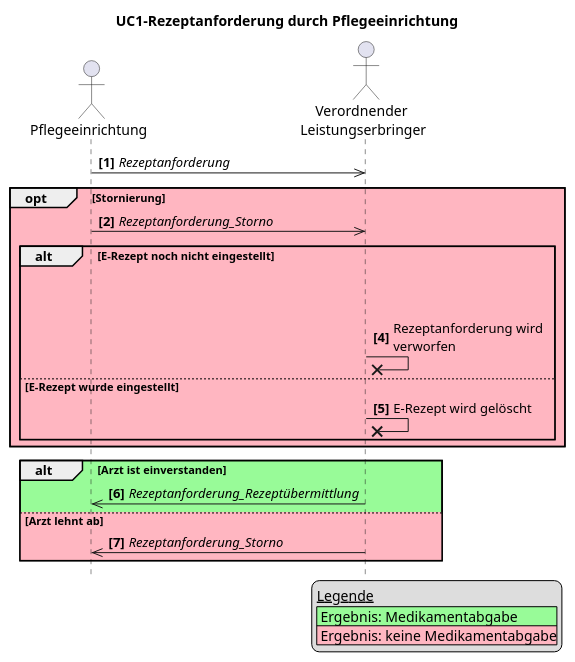
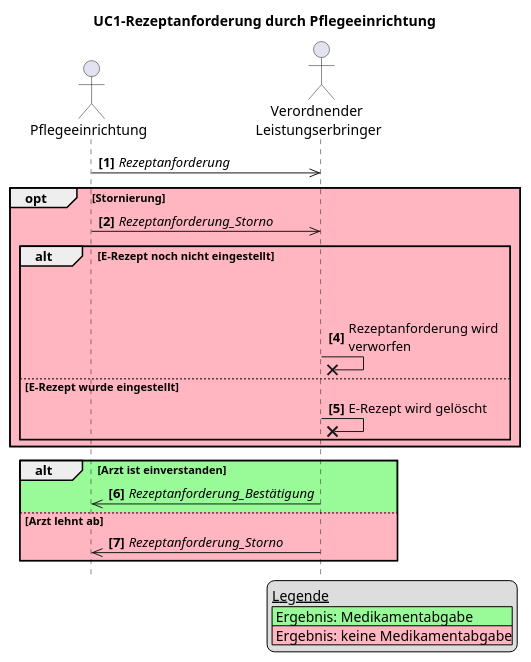
The diagram in Resources/puml/gemF_eRp_KIM/UC1.1-rezeptanforderung-pflege.puml (gematik/spec-E-Rezept-ServiceRequest), drawn with PlantUML before and after one commit. The commit also changed 11 other files, not shown here.

```diff
--- a/Resources/puml/gemF_eRp_KIM/UC1.1-rezeptanforderung-pflege.puml
+++ b/Resources/puml/gemF_eRp_KIM/UC1.1-rezeptanforderung-pflege.puml
@@ -1,40 +1,40 @@
 @startuml name = "UC1-Rezeptanforderung-Pflege"
 
 
 skinparam maxMessageSize 200
 
 actor "Pflegeeinrichtung" as Pflegeeinrichtung
 actor "Verordnender \nLeistungserbringer" as Arztpraxis
 
 title UC1-Rezeptanforderung durch Pflegeeinrichtung
 hide footbox
 autonumber "<b>[0]"
 
 legend bottom right
     __Legende__
     |<#PaleGreen> Ergebnis: Medikamentabgabe|
     |<#LightPink> Ergebnis: keine Medikamentabgabe|
 endlegend
 
 Pflegeeinrichtung ->> Arztpraxis: //Rezeptanforderung//
 
 opt #LightPink Stornierung
     Pflegeeinrichtung ->> Arztpraxis: //Rezeptanforderung_Storno//
     alt #LightPink E-Rezept noch nicht eingestellt
     Pflegeeinrichtung -[hidden]-> Arztpraxis: Rezeptanforderung wird verworfen
         Arztpraxis ->x Arztpraxis: Rezeptanforderung wird verworfen
     else #LightPink E-Rezept wurde eingestellt
         Arztpraxis ->x Arztpraxis: E-Rezept wird gelöscht
     end
 end
 
 alt #PaleGreen Arzt ist einverstanden 
     
-    Arztpraxis ->> Pflegeeinrichtung: //Rezeptanforderung_Rezeptübermittlung//
+    Arztpraxis ->> Pflegeeinrichtung: //Rezeptanforderung_Bestätigung//
     
 else #LightPink Arzt lehnt ab
     Arztpraxis ->> Pflegeeinrichtung: //Rezeptanforderung_Storno//
 end
 
 
 @enduml
```
